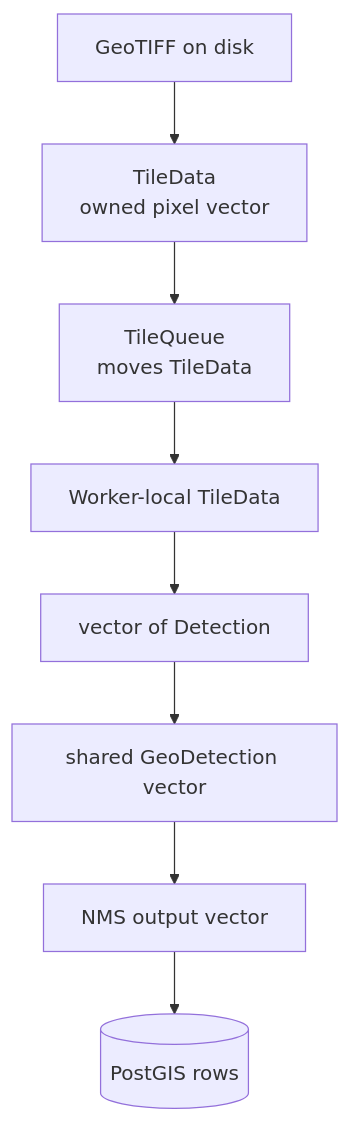
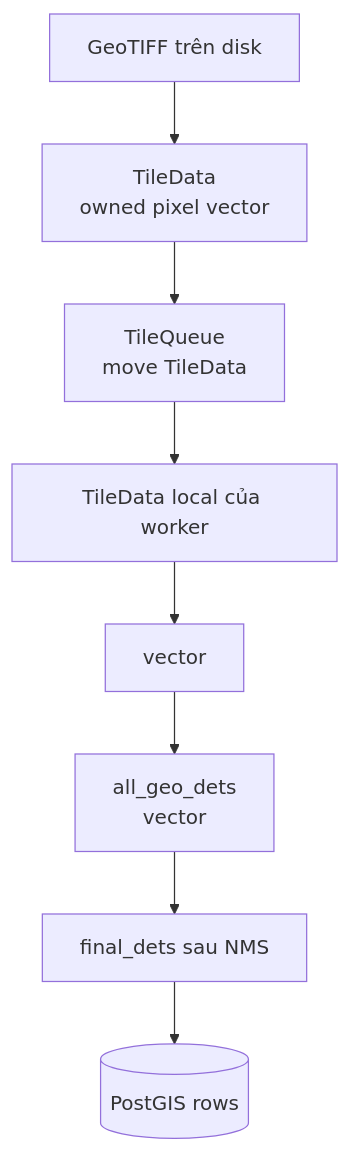
One commit to Dinhthuy2k5/remote-sensing-pipeline changed the fourth of 5 diagrams in docs/ARCHITECTURE.md. Above: the diagram before and after it, drawn with Mermaid. The commit also changed other lines of this file and 5 other files, not shown here.

````diff
--- a/docs/ARCHITECTURE.md
+++ b/docs/ARCHITECTURE.md
@@ -149,13 +147,13 @@
 ```mermaid
 flowchart TB
-    Disk["GeoTIFF on disk"]
+    Disk["GeoTIFF trên disk"]
     Tile["TileData<br/>owned pixel vector"]
-    Queue["TileQueue<br/>moves TileData"]
-    Worker["Worker-local TileData"]
-    Det["vector of Detection"]
-    Geo["shared GeoDetection vector"]
-    Final["NMS output vector"]
+    Queue["TileQueue<br/>move TileData"]
+    Worker["TileData local của worker"]
+    Det["vector<Detection>"]
+    Geo["all_geo_dets<br/>vector<GeoDetection>"]
+    Final["final_dets sau NMS"]
     DB[("PostGIS rows")]
 
     Disk --> Tile --> Queue --> Worker --> Det --> Geo --> Final --> DB
 ```
````
